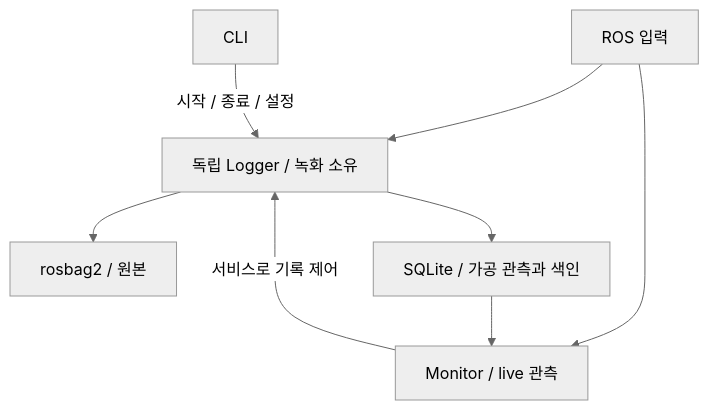
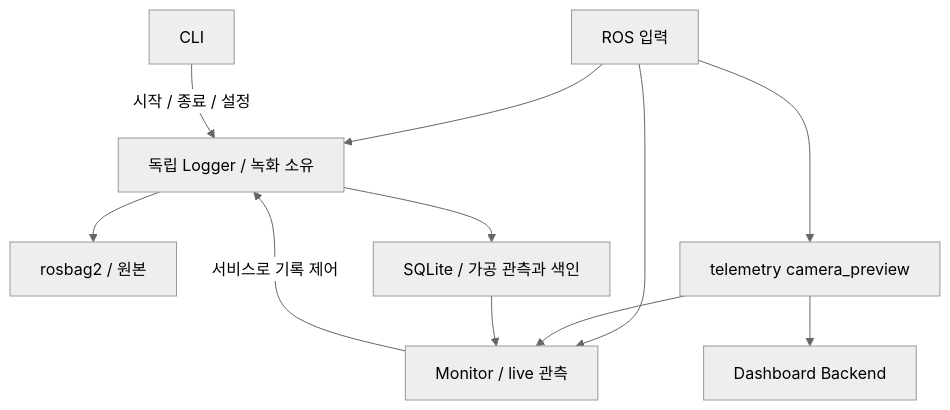
One commit to asm17-moving-agent/cleany changed the diagram in docs/implementation/how-to/monitoring.md. Above: the diagram before and after it, drawn with Mermaid (neutral theme). The commit also changed other lines of this file and 44 other files, not shown here.

Commit message:
refactor(telemetry): separate robot observations from Backend delivery

````diff
--- a/docs/implementation/how-to/monitoring.md
+++ b/docs/implementation/how-to/monitoring.md
@@ -16,10 +16,13 @@
 ```mermaid
 flowchart TD
   ROS["ROS 입력"] --> Logger["독립 Logger / 녹화 소유"]
   Logger --> Bag["rosbag2 / 원본"]
   Logger --> DB["SQLite / 가공 관측과 색인"]
   ROS --> Monitor["Monitor / live 관측"]
+  ROS --> Camera["telemetry camera_preview"]
+  Camera --> Monitor
+  Camera --> Backend["Dashboard Backend"]
   DB --> Monitor
   CLI["CLI"] -->|"시작 / 종료 / 설정"| Logger
   Monitor -->|"서비스로 기록 제어"| Logger
 ```
````
